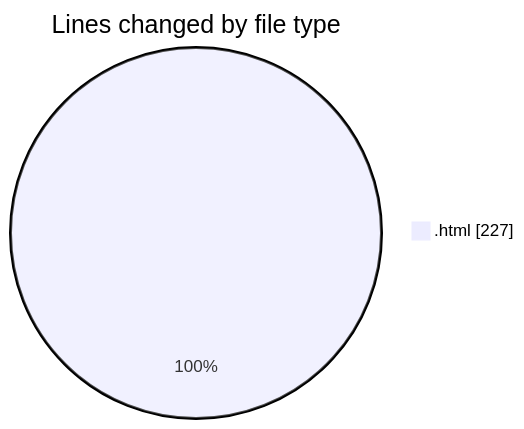
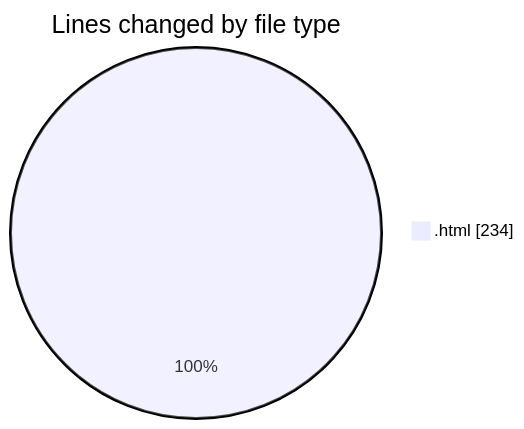
One commit to LanceThiago/code-tracking changed the first of 2 diagrams in 2025-01-07/nueva_carpeta/README.md. Above: the diagram before and after it, drawn with Mermaid. The commit also changed other lines of this file and 1 other file, not shown here.

````diff
--- a/2025-01-07/nueva_carpeta/README.md
+++ b/2025-01-07/nueva_carpeta/README.md
@@ -20,5 +20,5 @@
 ```mermaid
 pie showData
 title Lines changed by file type
-".html" : 227
+".html" : 234
 ```
````
